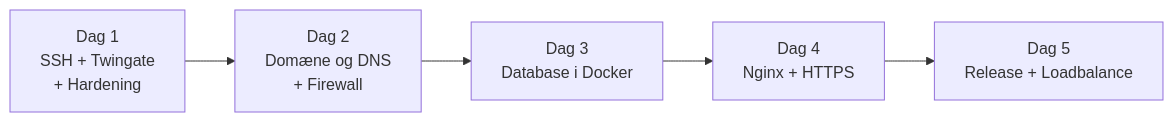
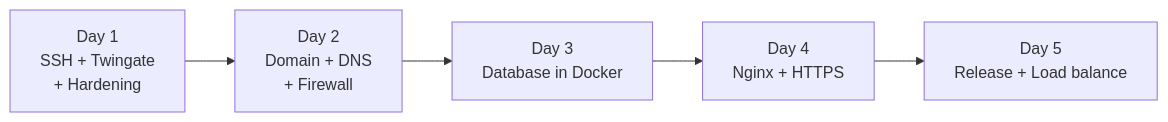
Diagram 16 of 20 in docs/notes/day1-ssh.md (Mercantec-GHC/deploy-or-die-anbo0005), drawn with Mermaid before and after one commit. The commit also changed other lines of this file and 8 other files, not shown here.

````diff
--- a/docs/notes/day1-ssh.md
+++ b/docs/notes/day1-ssh.md
@@ -1078,7 +1078,7 @@
 ```mermaid
 flowchart LR
-    A[Dag 1<br>SSH + Twingate<br>+ Hardening] --> B[Dag 2<br>Domæne og DNS<br>+ Firewall]
-    B --> C[Dag 3<br>Database i Docker]
-    C --> D[Dag 4<br>Nginx + HTTPS]
-    D --> E[Dag 5<br>Release + Loadbalance]
+    A[Day 1<br>SSH + Twingate<br>+ Hardening] --> B[Day 2<br>Domain + DNS<br>+ Firewall]
+    B --> C[Day 3<br>Database in Docker]
+    C --> D[Day 4<br>Nginx + HTTPS]
+    D --> E[Day 5<br>Release + Load balance]
 ```
````
